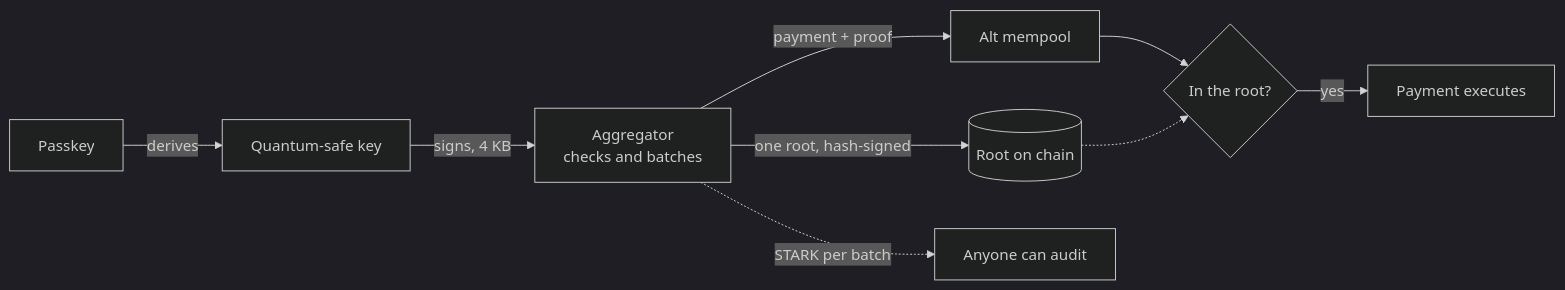
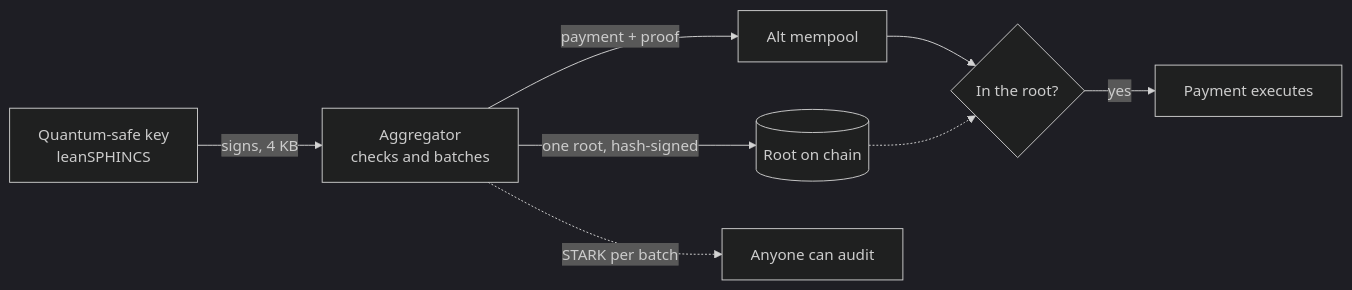
One commit to RomarioKavin1/QueueBit changed the diagram in README.md. Above: the diagram before and after it, drawn with Mermaid (dark theme). The commit also changed other lines of this file, not shown here.

Commit message:
docs(readme): lead with the mechanism; the passkey is only a way to unlock

````diff
--- a/README.md
+++ b/README.md
@@ -19,11 +19,10 @@
 ```mermaid
 flowchart LR
-  A[Passkey] -->|derives| B[Quantum-safe key]
-  B -->|signs, 4 KB| C[Aggregator<br/>checks and batches]
+  B[Quantum-safe key<br/>leanSPHINCS] -->|signs, 4 KB| C[Aggregator<br/>checks and batches]
   C -->|one root, hash-signed| D[(Root on chain)]
   C -->|payment + proof| E[Alt mempool]
   E --> F{In the root?}
   D -.-> F
   F -->|yes| G[Payment executes]
   C -.->|STARK per batch| H[Anyone can audit]
 ```
````
